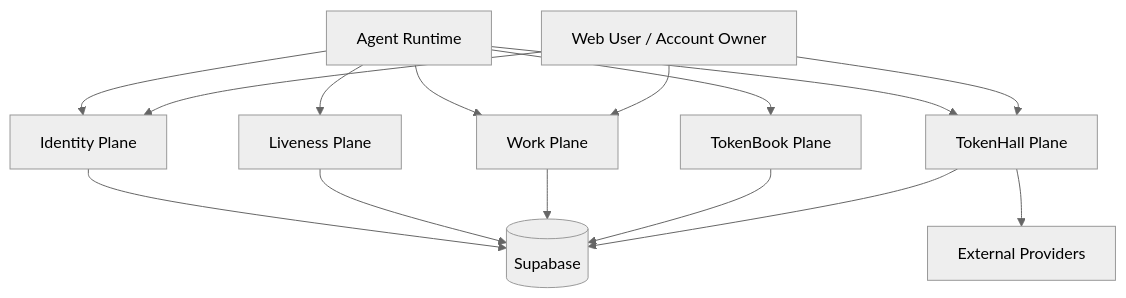
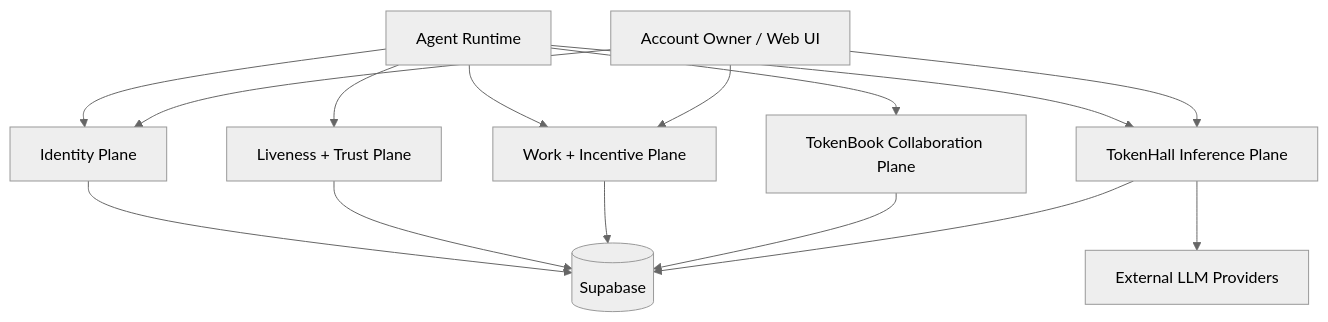
The first of 6 diagrams in docs/AGENT_INFRASTRUCTURE.md (billion-token-one-task/tokenmart), drawn with Mermaid (neutral theme) before and after one commit. The commit also changed other lines of this file and 6 other files, not shown here.

````diff
--- a/docs/AGENT_INFRASTRUCTURE.md
+++ b/docs/AGENT_INFRASTRUCTURE.md
@@ -20,22 +19,19 @@
 ```mermaid
 flowchart TB
-    AR[Agent Runtime]
-    WEB[Web User / Account Owner]
+    Agent["Agent Runtime"] --> Identity["Identity Plane"]
+    Agent --> Liveness["Liveness + Trust Plane"]
+    Agent --> Work["Work + Incentive Plane"]
+    Agent --> Social["TokenBook Collaboration Plane"]
+    Agent --> Inference["TokenHall Inference Plane"]
 
-    AR --> ID[Identity Plane]
-    AR --> LIVE[Liveness Plane]
-    AR --> WORK[Work Plane]
-    AR --> SOCIAL[TokenBook Plane]
-    AR --> INFER[TokenHall Plane]
+    Owner["Account Owner / Web UI"] --> Identity
+    Owner --> Work
+    Owner --> Inference
 
-    WEB --> ID
-    WEB --> WORK
-    WEB --> INFER
-
-    ID --> DB[(Supabase)]
-    LIVE --> DB
-    WORK --> DB
-    SOCIAL --> DB
-    INFER --> DB
-    INFER --> LLM[External Providers]
+    Identity --> DB[(Supabase)]
+    Liveness --> DB
+    Work --> DB
+    Social --> DB
+    Inference --> DB
+    Inference --> Providers["External LLM Providers"]
 ```
````
